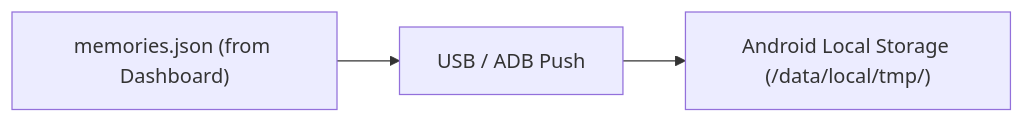
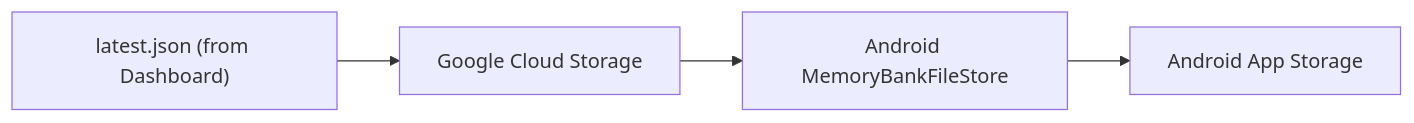
Before and after one commit to haruiz/apexai: the third of 6 diagrams in docs/walkthrough.md, drawn with Mermaid. The commit also changed other lines of this file and 4 other files, not shown here.

````diff
--- a/docs/walkthrough.md
+++ b/docs/walkthrough.md
@@ -56,9 +120,11 @@
 ```mermaid
 graph LR
-    JSON["memories.json (from Dashboard)"]
-    ADB["USB / ADB Push"]
-    Storage["Android Local Storage (/data/local/tmp/)"]
+    JSON["latest.json (from Dashboard)"]
+    GCS["Google Cloud Storage"]
+    Store["Android MemoryBankFileStore"]
+    Storage["Android App Storage"]
     
-    JSON --> ADB
-    ADB --> Storage
+    JSON --> GCS
+    GCS --> Store
+    Store --> Storage
 ```
````
